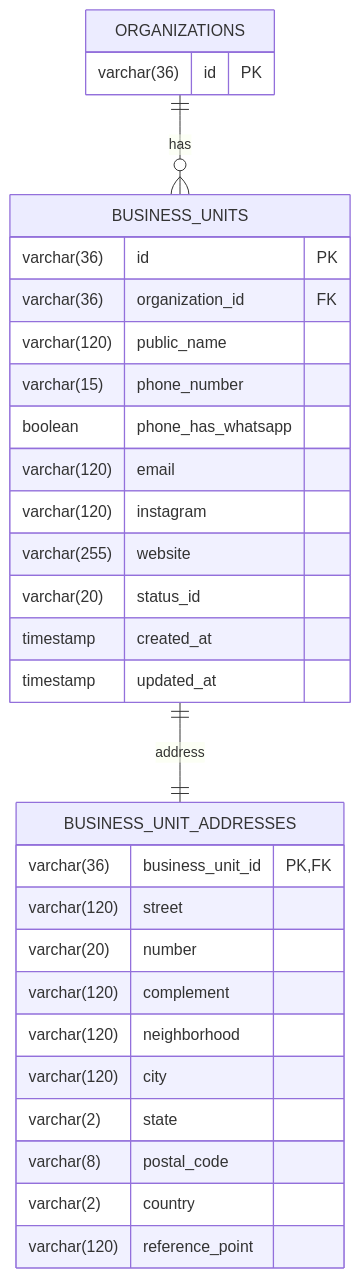
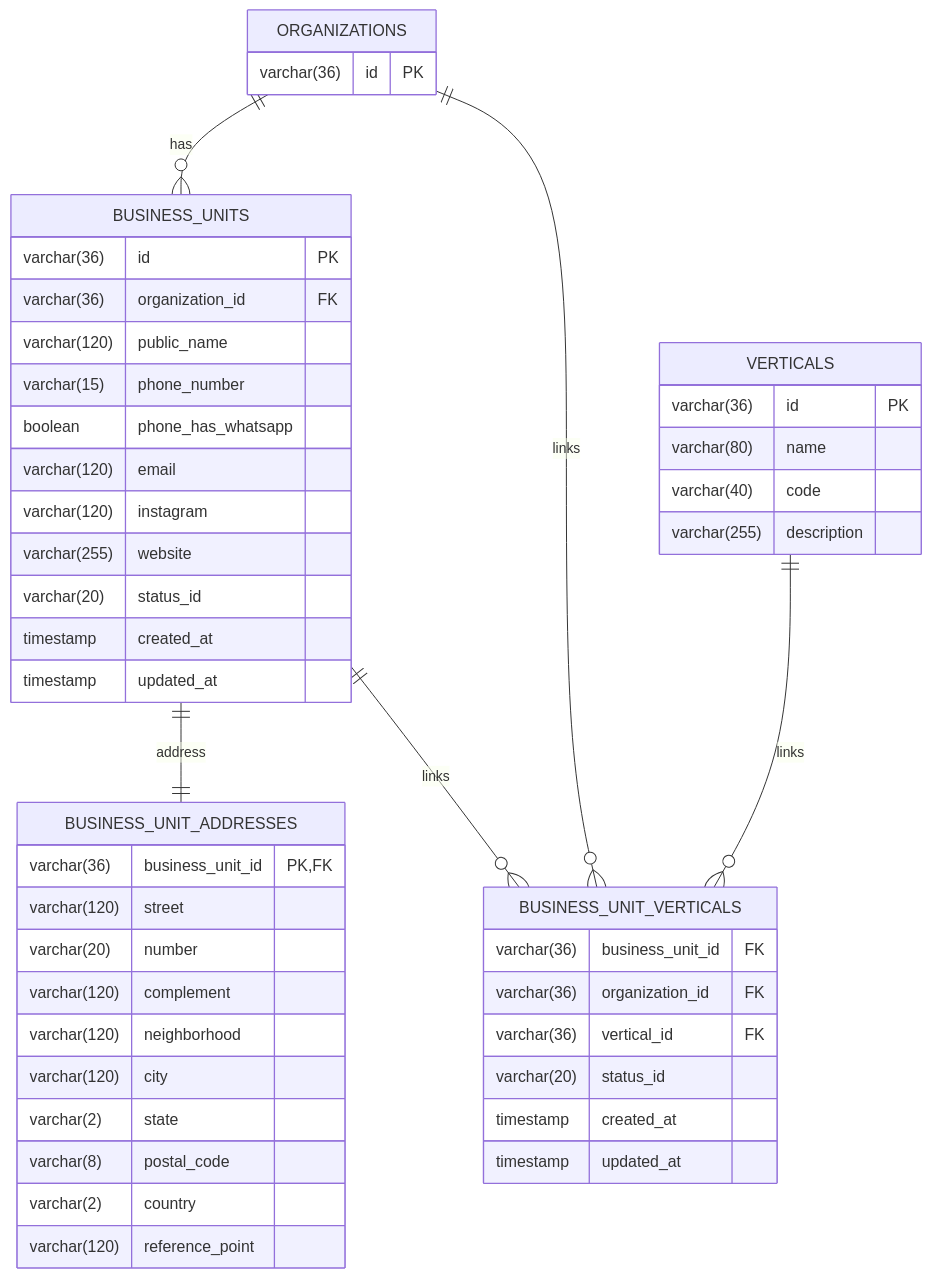
The seventh of 8 diagrams in specs/modules/organization/08-get-business-unit/design.md (CSousa-Dev/smart-delivery), drawn with Mermaid before and after one commit. The commit also changed other lines of this file and 107 other files, not shown here.

Commit message:
feat(organization): vertical links and endpoints

````diff
--- a/specs/modules/organization/08-get-business-unit/design.md
+++ b/specs/modules/organization/08-get-business-unit/design.md
@@ -230,36 +364,55 @@
 ```mermaid
 erDiagram
     BUSINESS_UNITS {
         varchar(36) id PK
         varchar(36) organization_id FK
         varchar(120) public_name
         varchar(15) phone_number
         boolean phone_has_whatsapp
         varchar(120) email
         varchar(120) instagram
         varchar(255) website
         varchar(20) status_id
         timestamp created_at
         timestamp updated_at
     }
 
     BUSINESS_UNIT_ADDRESSES {
         varchar(36) business_unit_id PK, FK
         varchar(120) street
         varchar(20) number
         varchar(120) complement
         varchar(120) neighborhood
         varchar(120) city
         varchar(2) state
         varchar(8) postal_code
         varchar(2) country
         varchar(120) reference_point
     }
 
+    BUSINESS_UNIT_VERTICALS {
+        varchar(36) business_unit_id FK
+        varchar(36) organization_id FK
+        varchar(36) vertical_id FK
+        varchar(20) status_id
+        timestamp created_at
+        timestamp updated_at
+    }
+
+    VERTICALS {
+        varchar(36) id PK
+        varchar(80) name
+        varchar(40) code
+        varchar(255) description
+    }
+
     ORGANIZATIONS {
         varchar(36) id PK
     }
 
     ORGANIZATIONS ||--o{ BUSINESS_UNITS : has
     BUSINESS_UNITS ||--|| BUSINESS_UNIT_ADDRESSES : address
+    BUSINESS_UNITS ||--o{ BUSINESS_UNIT_VERTICALS : links
+    ORGANIZATIONS ||--o{ BUSINESS_UNIT_VERTICALS : links
+    VERTICALS ||--o{ BUSINESS_UNIT_VERTICALS : links
 ```
````
